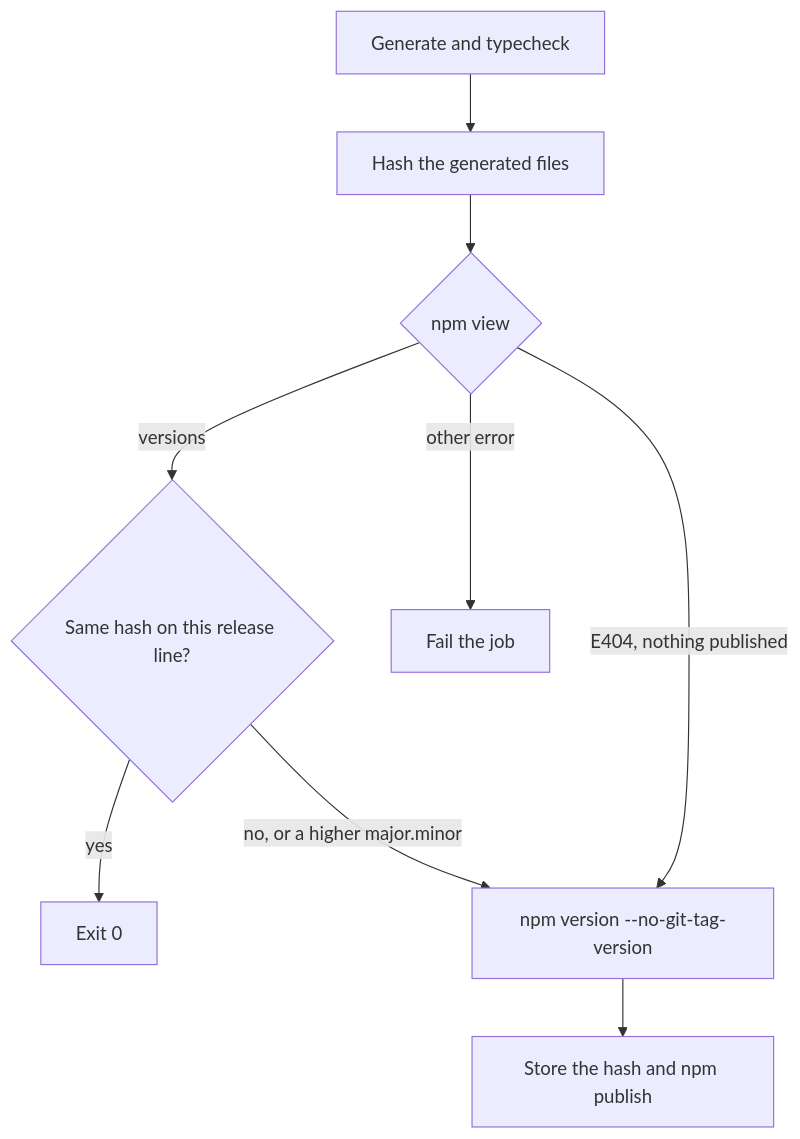
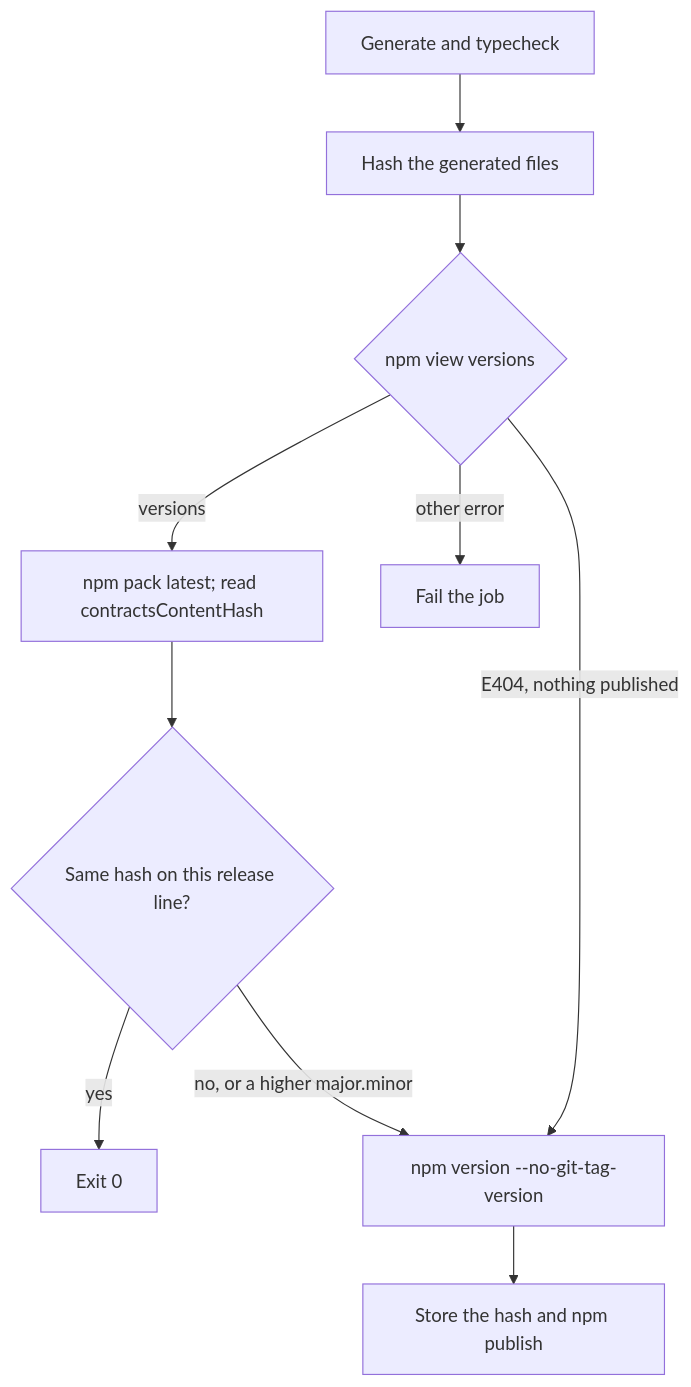
The diagram in docs/typescript-contracts.md (cultpodcasts/RedditPodcastPoster), drawn with Mermaid before and after one commit. The commit also changed other lines of this file and 2 other files, not shown here.

Commit message:
Fix contracts publish skip-if-unchanged hash check (#1509) (#1572)
* Fix contracts publish skip-if-unchanged against GitHub Packages (#1509).

Read contractsContentHash from the published tarball (npm pack) because GH Packages omits custom package.json fields from npm view metadata.

* Strip UTF-8 BOM and remove dead npm view hash helper (#1509).

---------

````diff
--- a/docs/typescript-contracts.md
+++ b/docs/typescript-contracts.md
@@ -57,18 +57,19 @@
 ```mermaid
 flowchart TD
   build[Generate and typecheck]
   hash[Hash the generated files]
-  view{npm view}
+  view{npm view versions}
+  pack[npm pack latest; read contractsContentHash]
   same{Same hash on this release line?}
   skip[Exit 0]
   bump["npm version --no-git-tag-version"]
   publish[Store the hash and npm publish]
   fail[Fail the job]
   build --> hash --> view
   view -->|E404, nothing published| bump
   view -->|other error| fail
-  view -->|versions| same
+  view -->|versions| pack --> same
   same -->|yes| skip
   same -->|no, or a higher major.minor| bump
   bump --> publish
 ```
````
